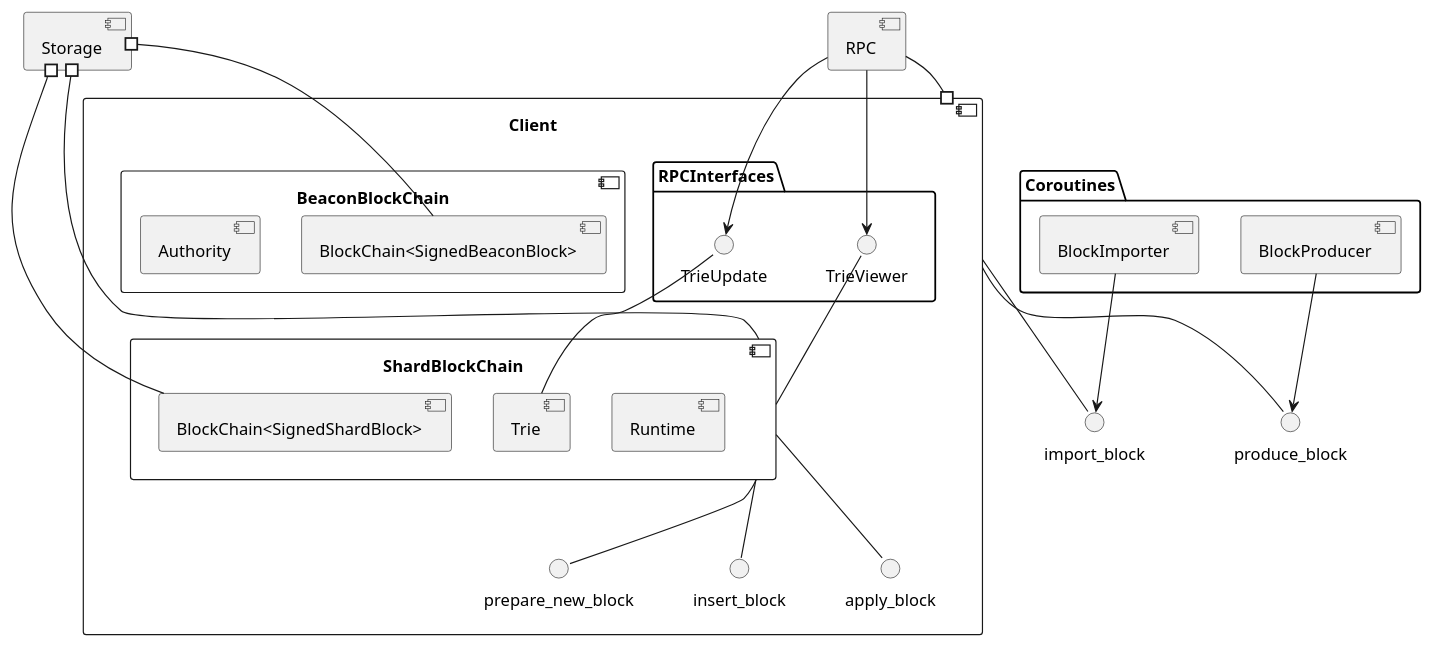
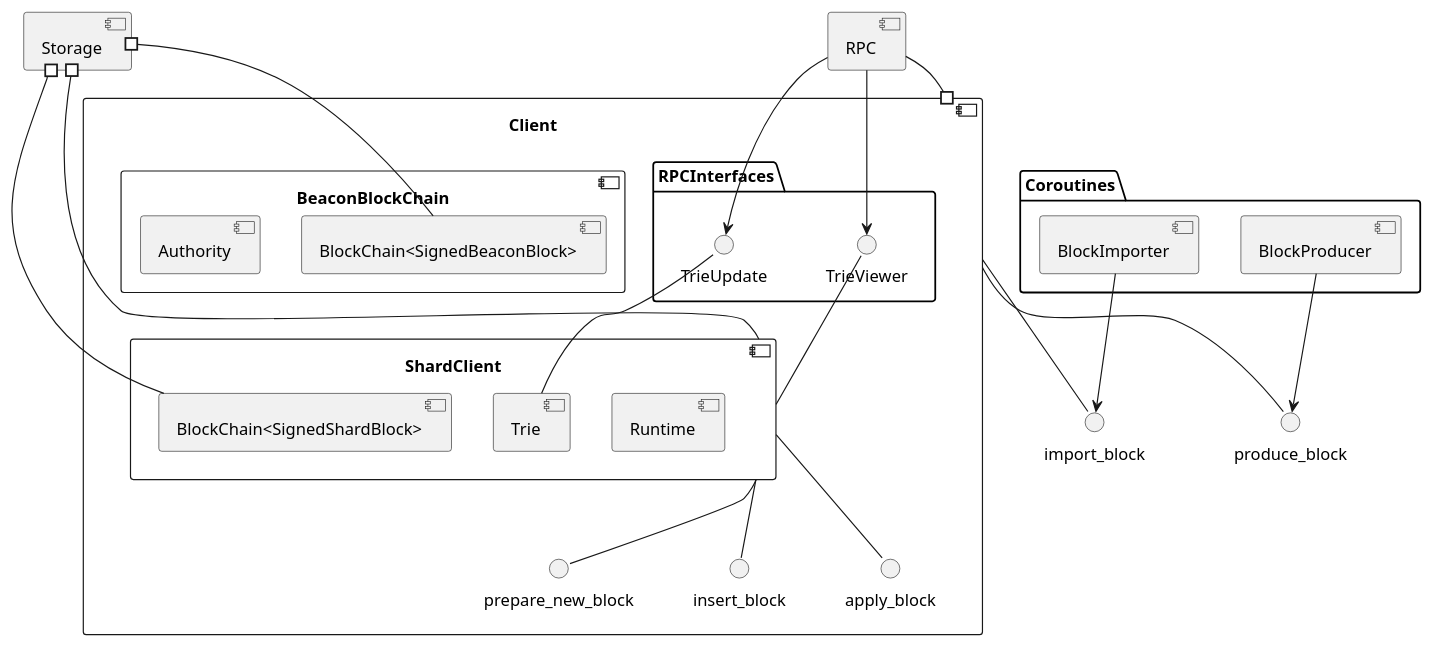
Before and after one commit to near/nearcore: the diagram in node/client/docs/client.puml, drawn with PlantUML. The commit also changed 7 other files, not shown here.

Commit message:
renaming ShardBlockChain to ShardClient

```diff
--- a/node/client/docs/client.puml
+++ b/node/client/docs/client.puml
@@ -1,48 +1,48 @@
 @startuml
 
 ' Use PlantUML plugin to view: https://plugins.jetbrains.com/plugin/7017-plantuml-integration
 ' See syntax here: http://plantuml.com/component-diagram
 
 [Storage]
 
 component Client {
    component BeaconBlockChain {
         [BlockChain<SignedBeaconBlock>] as BeaconChain
         [Authority]
         }
 
-   component ShardBlockChain {
+   component ShardClient {
      [Runtime]
      [Trie]
      [BlockChain<SignedShardBlock>] as ShardChain
    }
-   ShardBlockChain -- prepare_new_block
-   ShardBlockChain -- insert_block
-   ShardBlockChain -- apply_block
+   ShardClient -- prepare_new_block
+   ShardClient -- insert_block
+   ShardClient -- apply_block
 
    package RPCInterfaces {
    TrieUpdate -- Trie
-   TrieViewer -- ShardBlockChain
+   TrieViewer -- ShardClient
    }
 }
 
 Client -- produce_block
 Client -- import_block
 
 Storage #-- ShardChain
 Storage #-- BeaconChain
-Storage #-- ShardBlockChain
+Storage #-- ShardClient
 
 
 package Coroutines {
     [BlockProducer] --> produce_block
     [BlockImporter] --> import_block
 }
 
 
 [RPC]
 RPC --> TrieViewer
 RPC --> TrieUpdate
 Client #-- RPC
 
 @enduml
```
